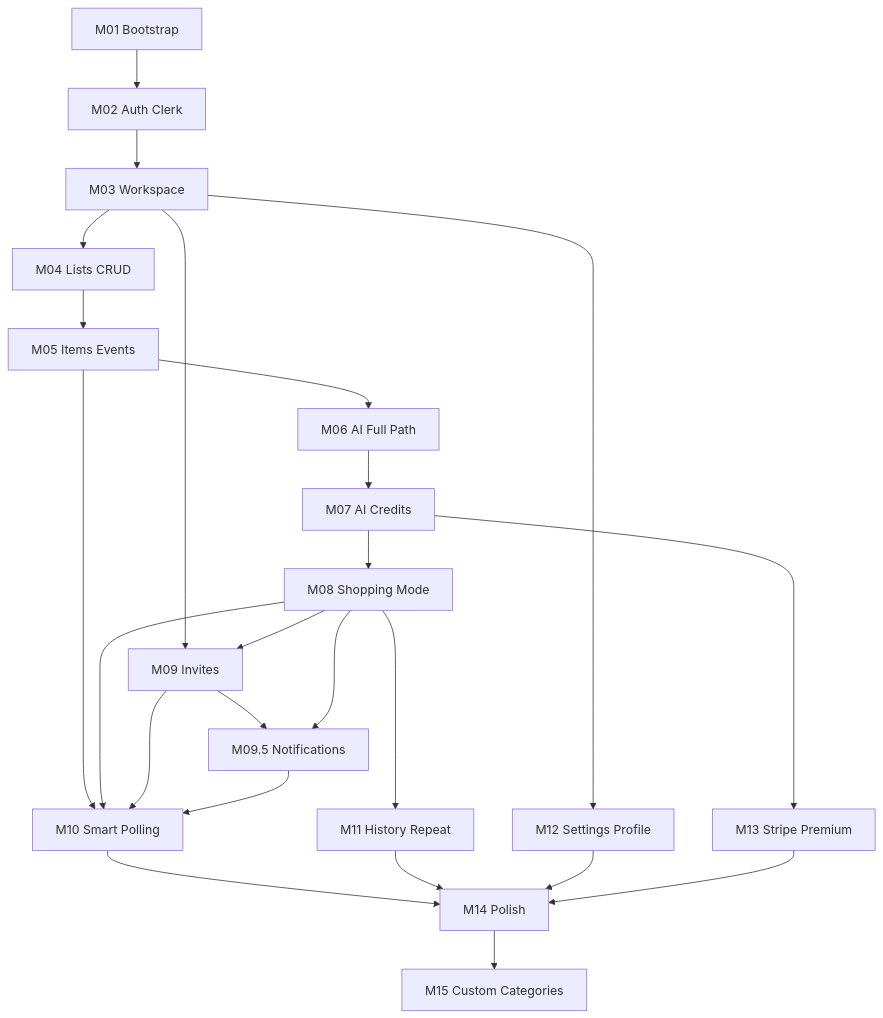
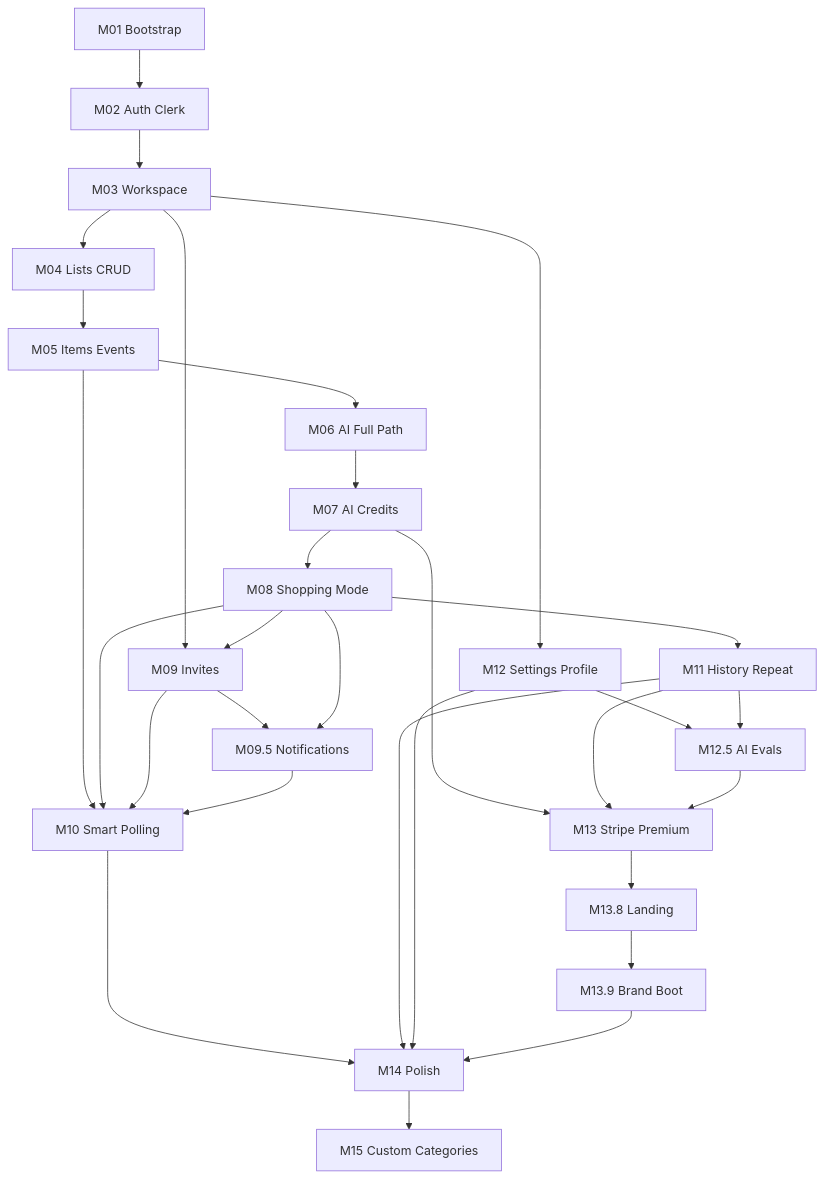
One commit to chris38pl/Kangur changed the first of 2 diagrams in docs/roadmap.md. Above: the diagram before and after it, drawn with Mermaid. The commit also changed other lines of this file and 288 other files, not shown here.

First line of the commit message:
feat: ship Premium, history AI, marketing site, and brand boot

````diff
--- a/docs/roadmap.md
+++ b/docs/roadmap.md
@@ -35,37 +35,44 @@
 ```mermaid
 flowchart TD
   M01[M01 Bootstrap]
   M02[M02 Auth Clerk]
   M03[M03 Workspace]
   M04[M04 Lists CRUD]
   M05[M05 Items Events]
   M06[M06 AI Full Path]
   M07[M07 AI Credits]
   M08[M08 Shopping Mode]
   M09[M09 Invites]
   M095[M09.5 Notifications]
   M10[M10 Smart Polling]
   M11[M11 History Repeat]
   M12[M12 Settings Profile]
+  M125[M12.5 AI Evals]
   M13[M13 Stripe Premium]
+  M138[M13.8 Landing]
+  M139[M13.9 Brand Boot]
   M14[M14 Polish]
   M15[M15 Custom Categories]
 
   M01 --> M02 --> M03 --> M04 --> M05 --> M06 --> M07 --> M08
   M03 --> M09
   M08 --> M09
   M09 --> M095
   M08 --> M095
   M05 --> M10
   M08 --> M10
   M09 --> M10
   M095 --> M10
   M08 --> M11
   M03 --> M12
+  M12 --> M125
+  M11 --> M125
   M07 --> M13
+  M11 --> M13
+  M125 --> M13
   M10 --> M14
   M11 --> M14
   M12 --> M14
-  M13 --> M14
+  M13 --> M138 --> M139 --> M14
   M14 --> M15
 ```
````
